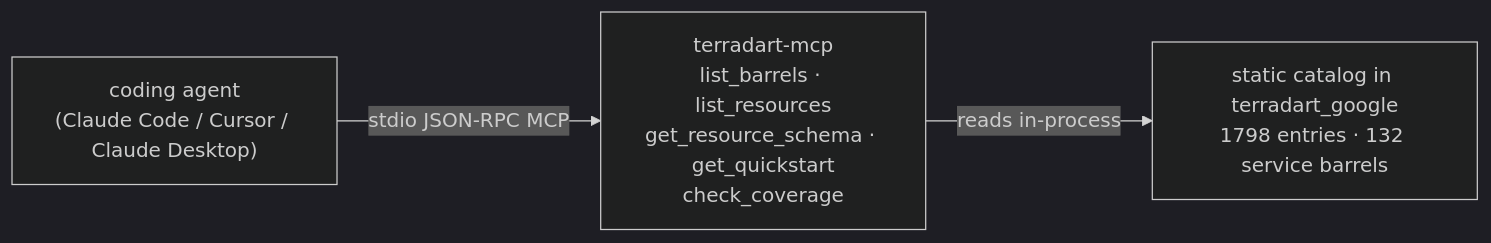
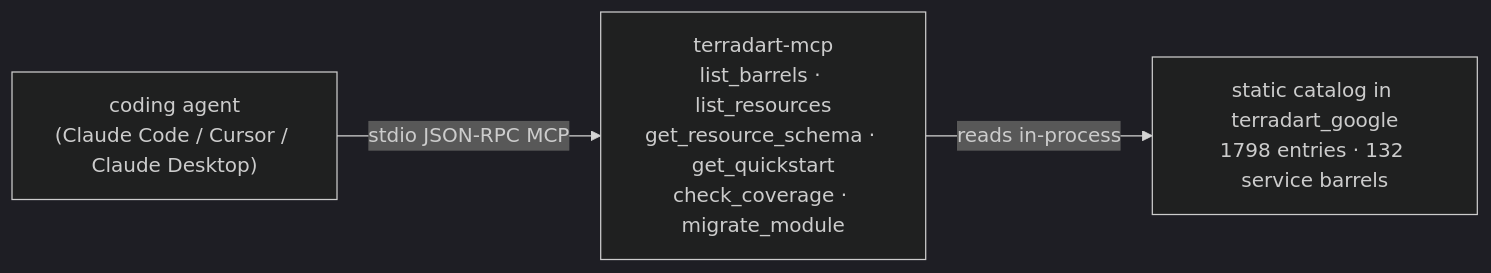
The diagram in website/src/content/docs/docs/agent/index.md (nozomi-koborinai/terradart), drawn with Mermaid (dark theme) before and after one commit. The commit also changed other lines of this file and 11 other files, not shown here.

Commit message:
feat(agent): migrate_module, the HCL → Dart migrator over MCP (#667) (#690)

````diff
--- a/website/src/content/docs/docs/agent/index.md
+++ b/website/src/content/docs/docs/agent/index.md
@@ -12,8 +14,8 @@
 ```mermaid
 graph LR
   agent["coding agent<br/>(Claude Code / Cursor / Claude Desktop)"]
-  mcp["terradart-mcp<br/>list_barrels · list_resources<br/>get_resource_schema · get_quickstart<br/>check_coverage"]
+  mcp["terradart-mcp<br/>list_barrels · list_resources<br/>get_resource_schema · get_quickstart<br/>check_coverage · migrate_module"]
   catalog["static catalog in terradart_google<br/>1798 entries · 132 service barrels"]
   agent -->|stdio JSON-RPC MCP| mcp
   mcp -->|reads in-process| catalog
 ```
````
